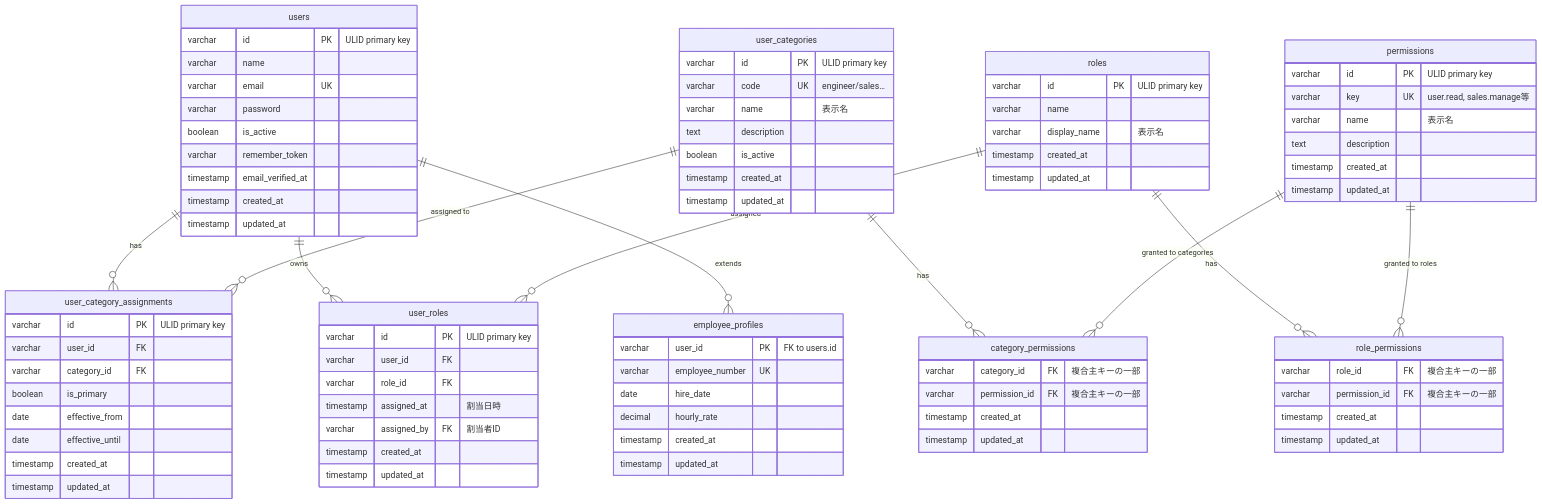
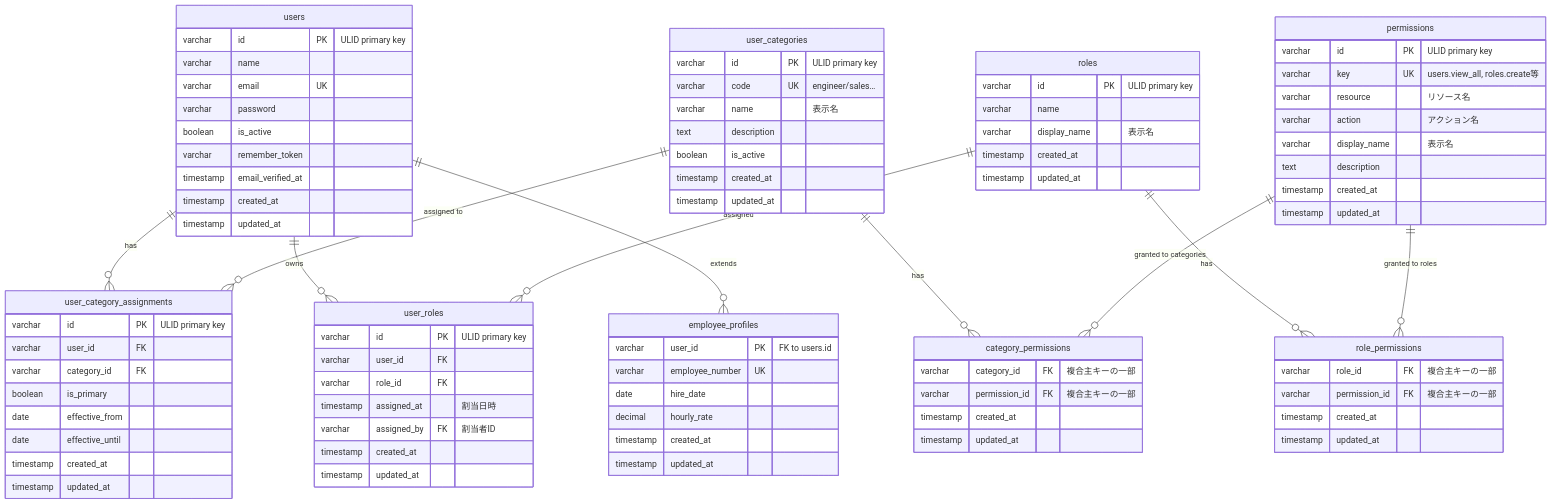
The diagram in README.md (wasipo/harbor), drawn with Mermaid before and after one commit. The commit also changed other lines of this file and 164 other files, not shown here.

```diff
--- a/README.md
+++ b/README.md
@@ -163,8 +181,10 @@
 
     permissions {
         varchar id PK "ULID primary key"
-        varchar key UK "user.read, sales.manage等"
-        varchar name "表示名"
+        varchar key UK "users.view_all, roles.create等"
+        varchar resource "リソース名"
+        varchar action "アクション名"
+        varchar display_name "表示名"
         text description
         timestamp created_at
         timestamp updated_at
@@ -202,7 +222,7 @@
         timestamp updated_at
     }
 
-    %% Optional domain profile example
+    %% Optional domain profile example (実装予定)
     employee_profiles {
         varchar user_id PK  "FK to users.id"
         varchar employee_number UK
```
